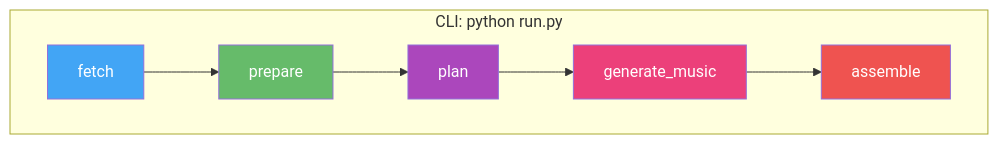
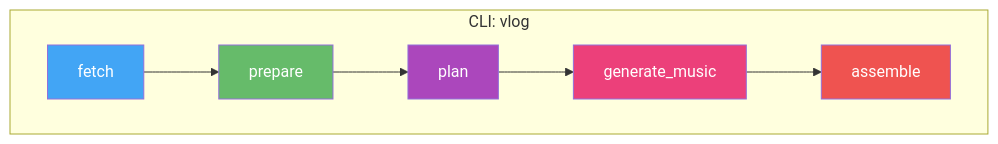
The diagram in README.md (Guoyuer/reelsmith), drawn with Mermaid before and after one commit. The commit also changed other lines of this file, not shown here.

````diff
--- a/README.md
+++ b/README.md
@@ -7,16 +7,16 @@
 ```mermaid
 flowchart LR
-    subgraph "CLI: python run.py"
+    subgraph "CLI: vlog"
         direction LR
         FM[fetch] --> PR[prepare]
         PR --> PL[plan]
         PL --> GM[generate_music]
         GM --> AS[assemble]
     end
 
     style FM fill:#42A5F5,color:#fff
     style PR fill:#66BB6A,color:#fff
     style PL fill:#AB47BC,color:#fff
     style GM fill:#EC407A,color:#fff
     style AS fill:#EF5350,color:#fff
 ```
````
